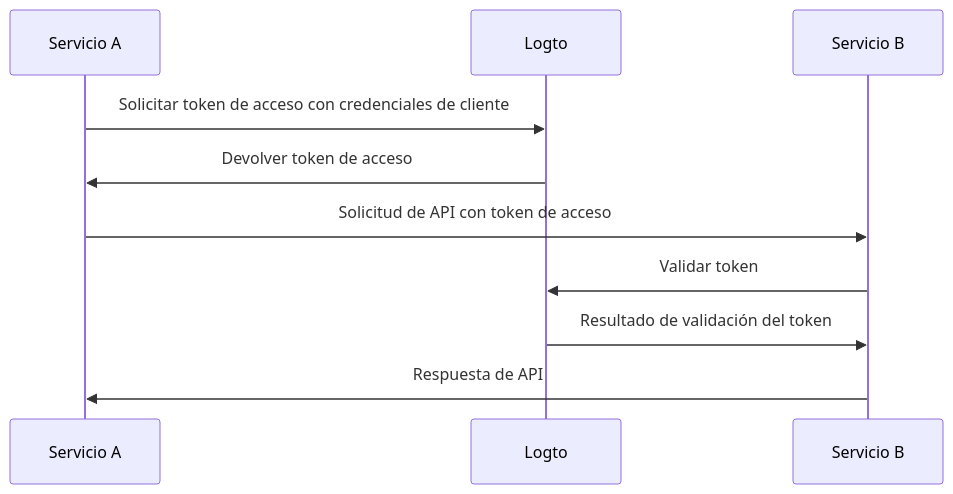
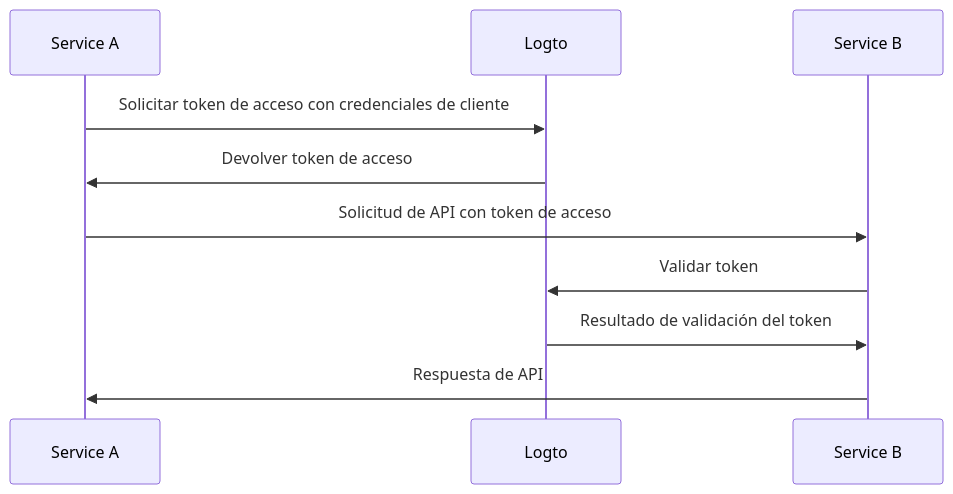
Before and after one commit to logto-io/docs: the second of 2 diagrams in i18n/es/docusaurus-plugin-content-docs/current/integrate-logto/integrate-logto-into-your-application/understand-authentication-flow.mdx, drawn with Mermaid. The commit also changed other lines of this file and 428 other files, not shown here.

````diff
--- a/i18n/es/docusaurus-plugin-content-docs/current/integrate-logto/integrate-logto-into-your-application/understand-authentication-flow.mdx
+++ b/i18n/es/docusaurus-plugin-content-docs/current/integrate-logto/integrate-logto-into-your-application/understand-authentication-flow.mdx
@@ -37,13 +37,13 @@
 ```mermaid
 sequenceDiagram
-    participant Servicio A
+    participant Service A
     participant Logto
-    participant Servicio B
+    participant Service B
 
-    Servicio A->>Logto: Solicitar token de acceso con credenciales de cliente
-    Logto->>Servicio A: Devolver token de acceso
-    Servicio A->>Servicio B: Solicitud de API con token de acceso
-    Servicio B->>Logto: Validar token
-    Logto->>Servicio B: Resultado de validación del token
-    Servicio B->>Servicio A: Respuesta de API
+    Service A->>Logto: Solicitar token de acceso con credenciales de cliente
+    Logto->>Service A: Devolver token de acceso
+    Service A->>Service B: Solicitud de API con token de acceso
+    Service B->>Logto: Validar token
+    Logto->>Service B: Resultado de validación del token
+    Service B->>Service A: Respuesta de API
 ```
````
